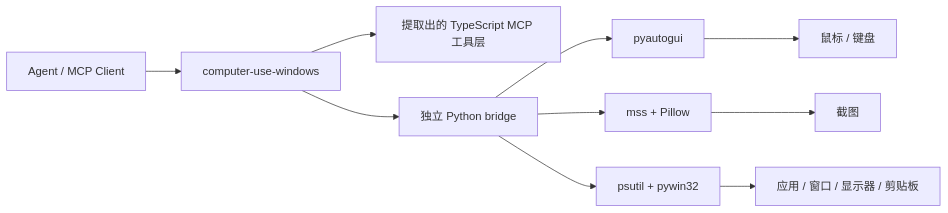
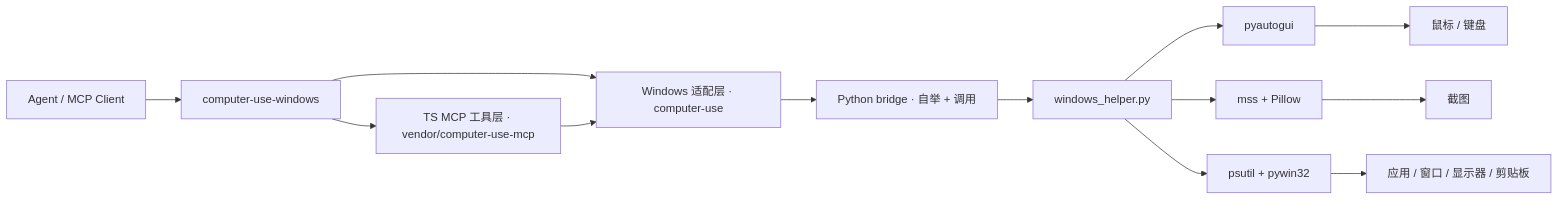
The diagram in README.md (twgh/computer-use-windows), drawn with Mermaid before and after one commit. The commit also changed other lines of this file and 4 other files, not shown here.

````diff
--- a/README.md
+++ b/README.md
@@ -42,12 +58,15 @@
 ```mermaid
 flowchart LR
     A[Agent / MCP Client] --> B[computer-use-windows]
-    B --> C[提取出的 TypeScript MCP 工具层]
-    B --> D[独立 Python bridge]
-    D --> E[pyautogui]
-    D --> F[mss + Pillow]
-    D --> G[psutil + pywin32]
-    E --> H[鼠标 / 键盘]
-    F --> I[截图]
-    G --> J[应用 / 窗口 / 显示器 / 剪贴板]
+    B --> C[TS MCP 工具层 · vendor/computer-use-mcp]
+    B --> D[Windows 适配层 · computer-use]
+    C --> D
+    D --> E[Python bridge · 自举 + 调用]
+    E --> F[windows_helper.py]
+    F --> G[pyautogui]
+    F --> H[mss + Pillow]
+    F --> I[psutil + pywin32]
+    G --> J[鼠标 / 键盘]
+    H --> K[截图]
+    I --> L[应用 / 窗口 / 显示器 / 剪贴板]
 ```
````
